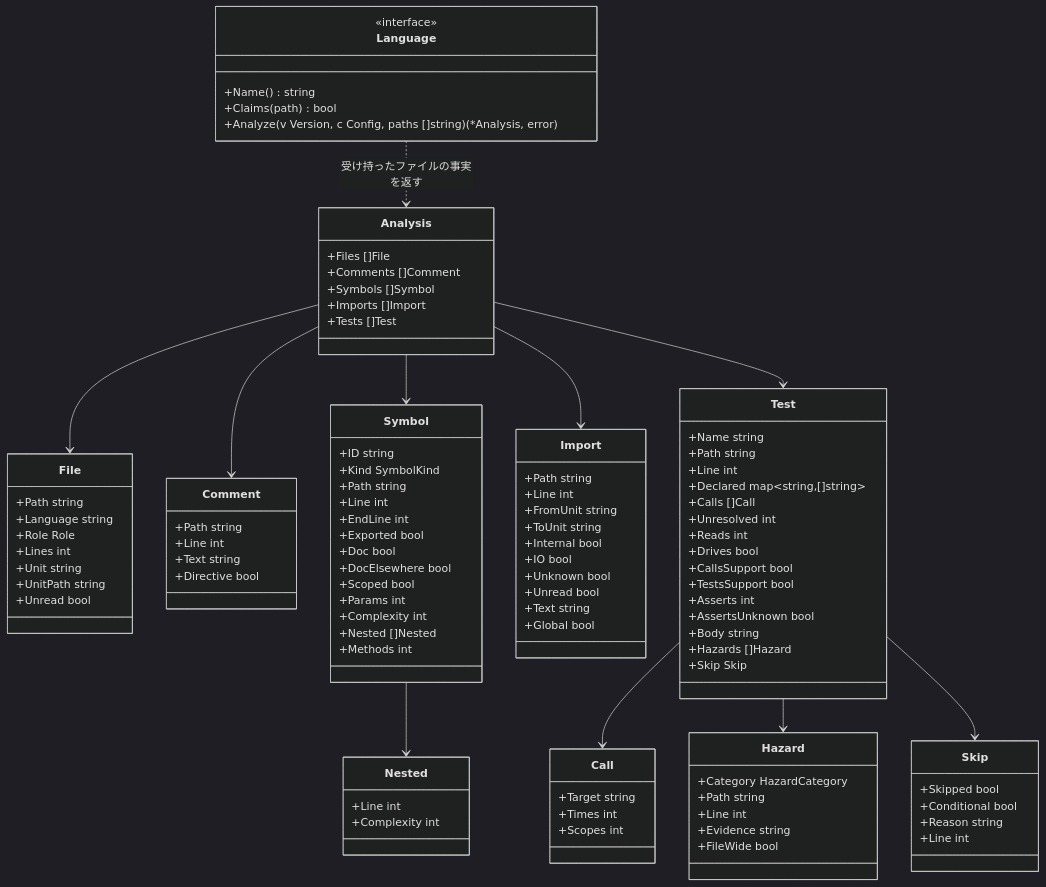
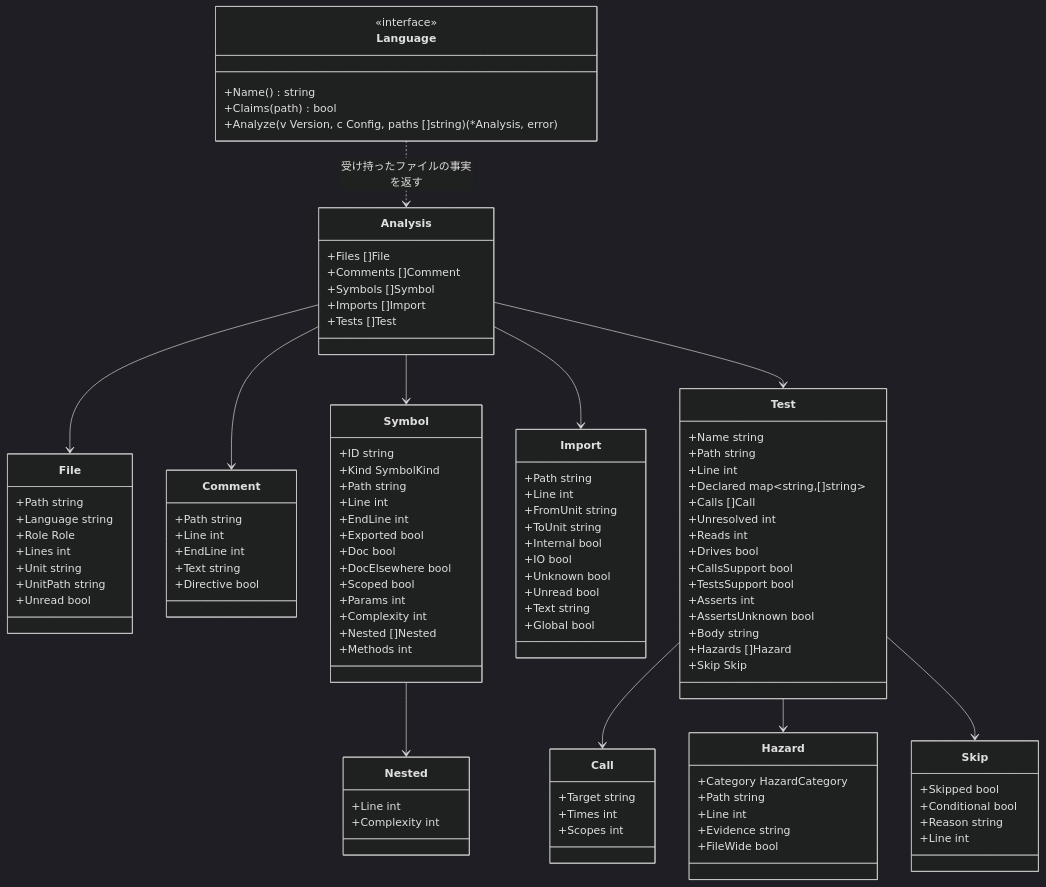
Before and after one commit to rerorets/hadome: the diagram in docs/design/adapters.ja.md, drawn with Mermaid (dark theme). The commit also changed other lines of this file and 17 other files, not shown here.

```diff
--- a/docs/design/adapters.ja.md
+++ b/docs/design/adapters.ja.md
@@ -41,6 +41,7 @@
   class Comment {
     +Path string
     +Line int
+    +EndLine int
     +Text string
     +Directive bool
   }
```
